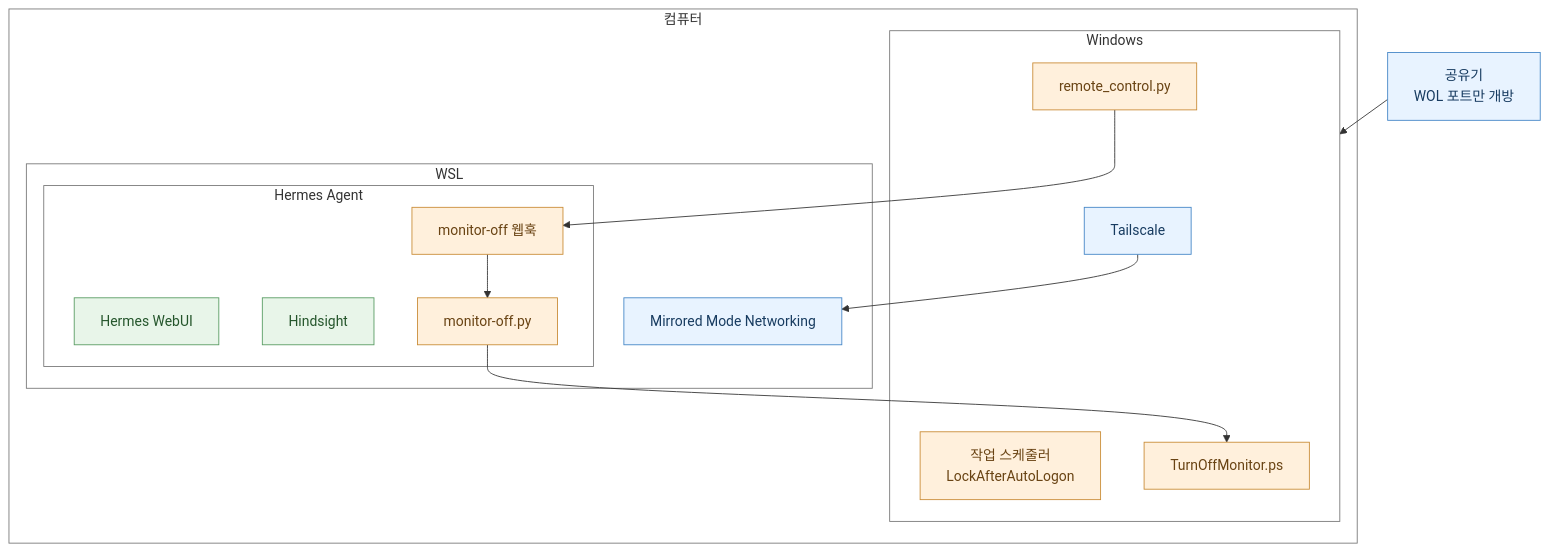
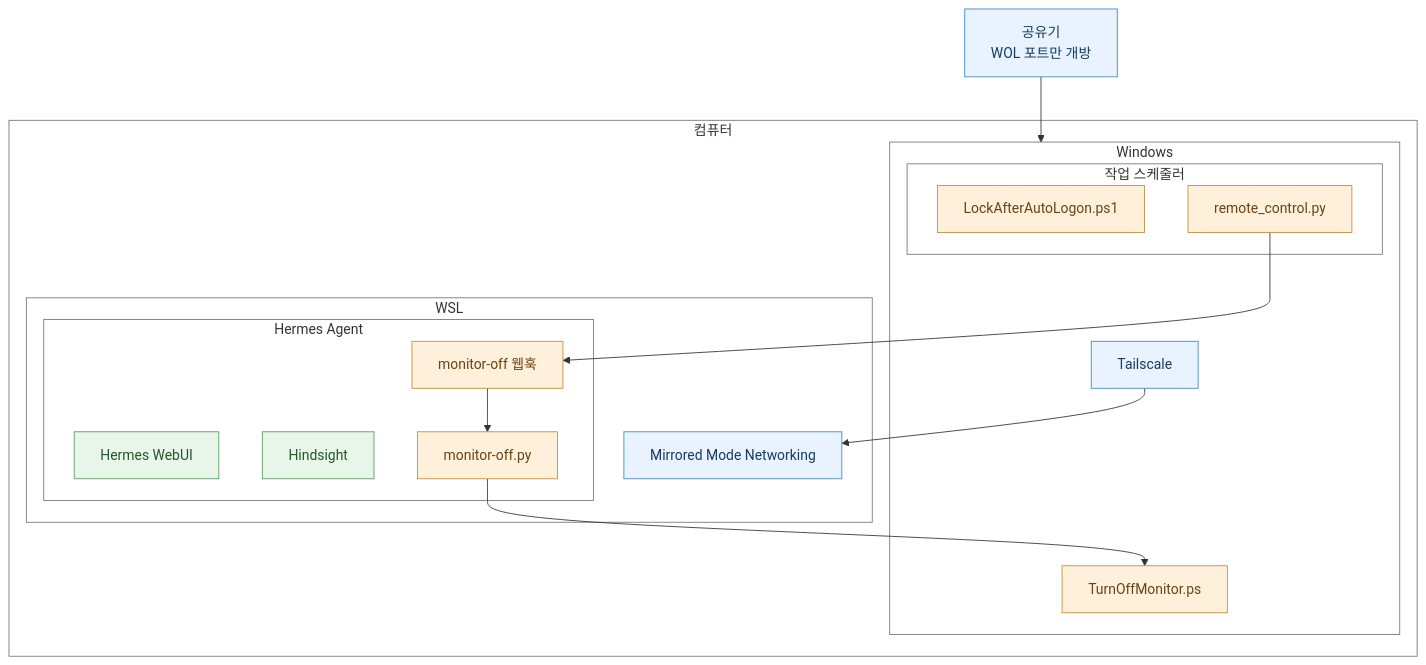
One commit to liminal-still-exists/hermes-agent-infra changed the diagram in README.md. Above: the diagram before and after it, drawn with Mermaid.

Commit message:
Refactor task scheduler structure in README

````diff
--- a/README.md
+++ b/README.md
@@ -1,43 +1,48 @@
 ```mermaid
 flowchart TB
     Router["공유기<br/>WOL 포트만 개방"]
 
     subgraph Computer["컴퓨터"]
         subgraph Windows["Windows"]
             TS["Tailscale"]
-            RC["remote_control.py"]
-            Task["작업 스케줄러<br/>LockAfterAutoLogon"]
+
+            subgraph TaskScheduler["작업 스케줄러"]
+                Lock["LockAfterAutoLogon.ps1"]
+                RC["remote_control.py"]
+            end
+
             Monitor["TurnOffMonitor.ps"]
         end
 
         subgraph WSL["WSL"]
             Net["Mirrored Mode Networking"]
 
             subgraph Hermes["Hermes Agent"]
                 WebUI["Hermes WebUI"]
                 Hindsight["Hindsight"]
                 Webhook["monitor-off 웹훅"]
                 Script["monitor-off.py"]
             end
         end
     end
 
     Router --> Windows
     TS --> Net
     RC --> Webhook
     Webhook --> Script
     Script --> Monitor
 
     classDef network fill:#e8f3ff,stroke:#4385c6,color:#173b60
     classDef automation fill:#fff0dc,stroke:#c98b35,color:#694313
     classDef service fill:#e8f5e9,stroke:#579b61,color:#24552b
 
     class Router,TS,Net network
-    class RC,Task,Monitor,Webhook,Script automation
+    class Lock,RC,Monitor,Webhook,Script automation
     class WebUI,Hindsight service
 
     style Computer fill:none,stroke:#777,stroke-width:1px
     style Windows fill:none,stroke:#777,stroke-width:1px
     style WSL fill:none,stroke:#777,stroke-width:1px
     style Hermes fill:none,stroke:#777,stroke-width:1px
+    style TaskScheduler fill:none,stroke:#777,stroke-width:1px
 ```
````
